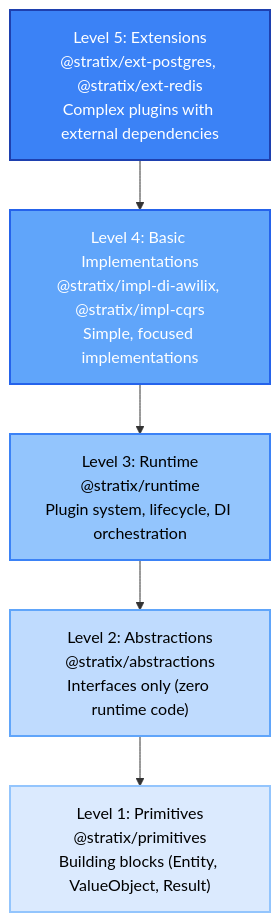
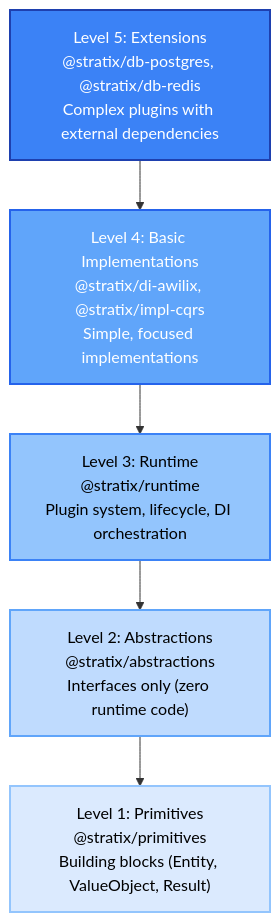
The first of 2 diagrams in docs/website/docs/core-concepts/architecture.md (stratix-dev/stratix), drawn with Mermaid before and after one commit. The commit also changed 229 other files, not shown here.

````diff
--- a/docs/website/docs/core-concepts/architecture.md
+++ b/docs/website/docs/core-concepts/architecture.md
@@ -9,13 +9,13 @@
 ```mermaid
 graph TD
-    L5["Level 5: Extensions<br/>@stratix/ext-postgres, @stratix/ext-redis<br/>Complex plugins with external dependencies"] --> L4["Level 4: Basic Implementations<br/>@stratix/impl-di-awilix, @stratix/impl-cqrs<br/>Simple, focused implementations"]
+    L5["Level 5: Extensions<br/>@stratix/db-postgres, @stratix/db-redis<br/>Complex plugins with external dependencies"] --> L4["Level 4: Basic Implementations<br/>@stratix/di-awilix, @stratix/impl-cqrs<br/>Simple, focused implementations"]
     L4 --> L3["Level 3: Runtime<br/>@stratix/runtime<br/>Plugin system, lifecycle, DI orchestration"]
     L3 --> L2["Level 2: Abstractions<br/>@stratix/abstractions<br/>Interfaces only (zero runtime code)"]
     L2 --> L1["Level 1: Primitives<br/>@stratix/primitives<br/>Building blocks (Entity, ValueObject, Result)"]
 
     style L5 fill:#3b82f6,stroke:#1e40af,stroke-width:2px,color:#fff
     style L4 fill:#60a5fa,stroke:#2563eb,stroke-width:2px,color:#fff
     style L3 fill:#93c5fd,stroke:#3b82f6,stroke-width:2px,color:#000
     style L2 fill:#bfdbfe,stroke:#60a5fa,stroke-width:2px,color:#000
     style L1 fill:#dbeafe,stroke:#93c5fd,stroke-width:2px,color:#000
 ```
````
